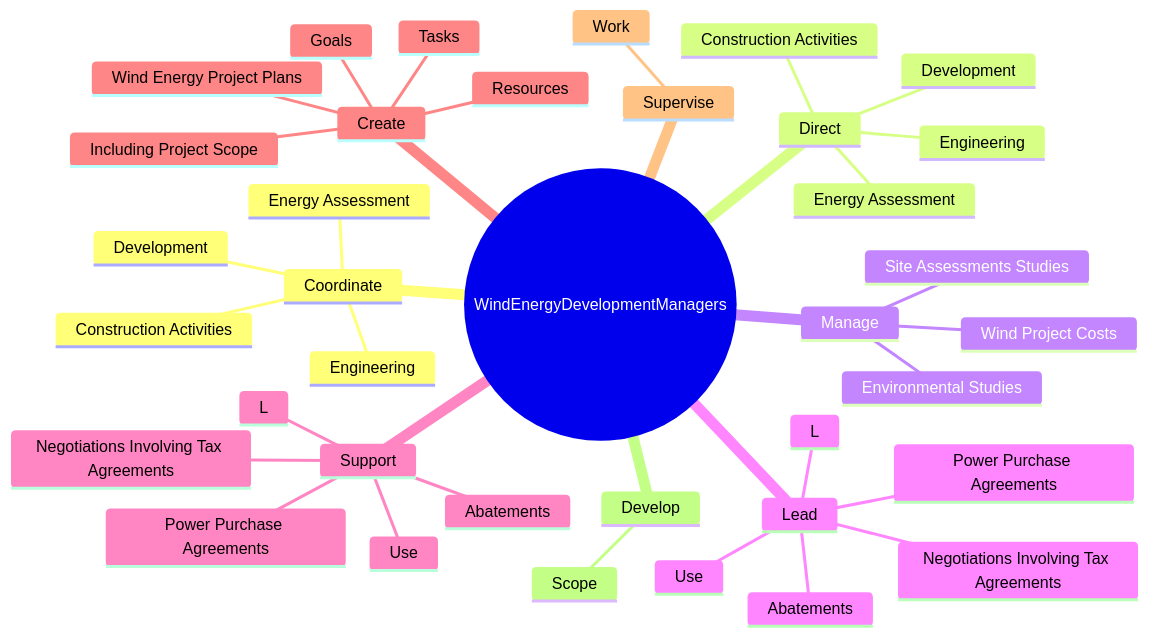
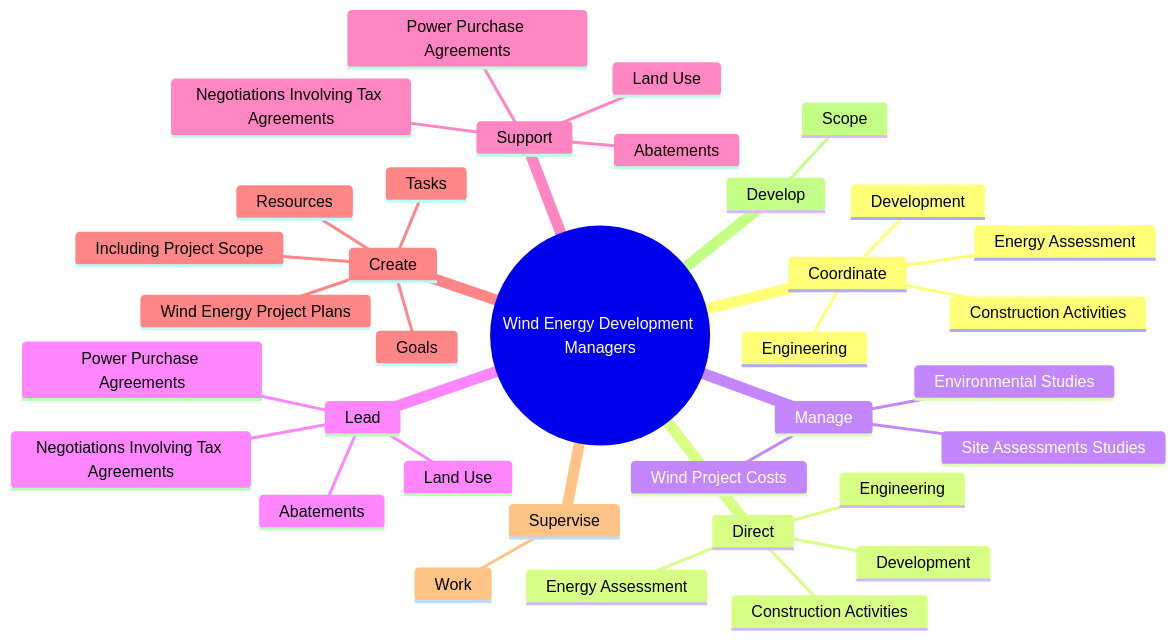
Before and after one commit to kziemski/business.org.ai: the second of 4 diagrams in occupations/Management/WindEnergyDevelopmentManagers.mdx, drawn with Mermaid. The commit also changed other lines of this file and 938 other files, not shown here.

````diff
--- a/occupations/Management/WindEnergyDevelopmentManagers.mdx
+++ b/occupations/Management/WindEnergyDevelopmentManagers.mdx
@@ -38,40 +46,38 @@
 ```mermaid
 mindmap
-    root(("WindEnergyDevelopmentManagers"))
+    root(("Wind Energy Development Managers"))
         Coordinate
             Development
             Energy Assessment
             Engineering
             Construction Activities
         Direct
             Development
             Energy Assessment
             Engineering
             Construction Activities
         Manage
             Wind Project Costs
             Site Assessments Studies
             Environmental Studies
         Lead
             Negotiations Involving Tax Agreements
             Abatements
             Power Purchase Agreements
-            L
-            Use
+            Land Use
         Support
             Negotiations Involving Tax Agreements
             Abatements
             Power Purchase Agreements
-            L
-            Use
+            Land Use
         Create
             Wind Energy Project Plans
             Including Project Scope
             Goals
             Tasks
             Resources
         Supervise
             Work
         Develop
             Scope
 ```
````
